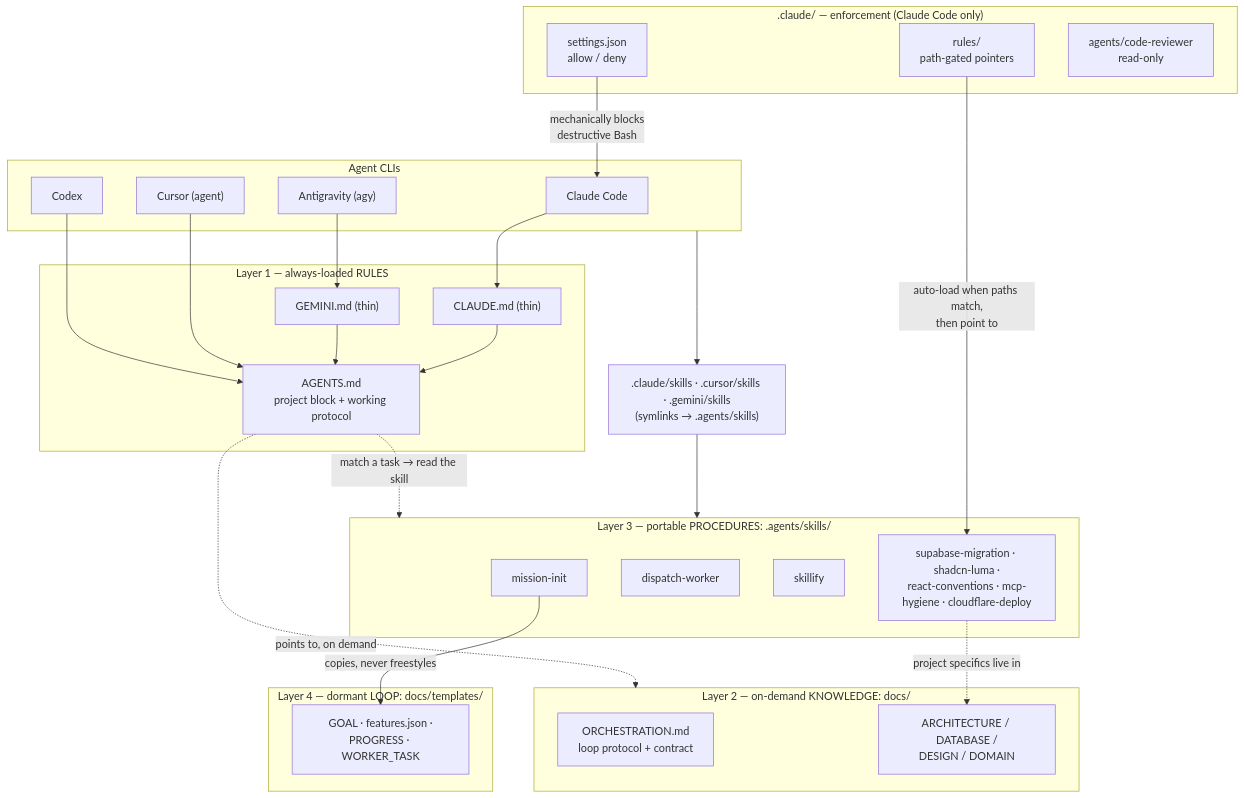
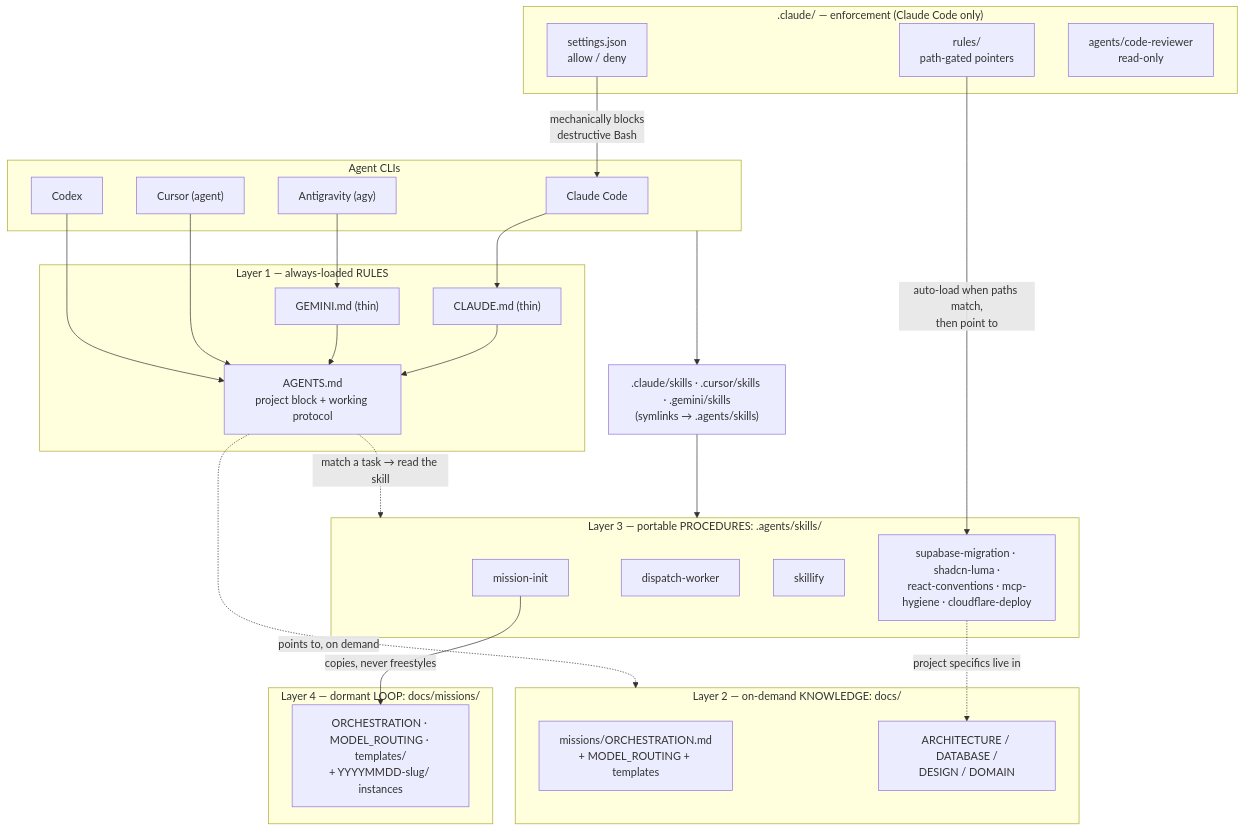
Before and after one commit to hashorva/purrfect-harness: the third of 4 diagrams in README.md, drawn with Mermaid. The commit also changed other lines of this file and 25 other files, not shown here.

````diff
--- a/README.md
+++ b/README.md
@@ -158,44 +158,44 @@
 ```mermaid
 flowchart TB
   subgraph TOOLS["Agent CLIs"]
     CC["Claude Code"]
     CU["Cursor (agent)"]
     AGY["Antigravity (agy)"]
     CX["Codex"]
   end
   subgraph L1["Layer 1 — always-loaded RULES"]
     AG["AGENTS.md<br/>project block + working protocol"]
     CW["CLAUDE.md (thin)"] --> AG
     GW["GEMINI.md (thin)"] --> AG
   end
   subgraph L2["Layer 2 — on-demand KNOWLEDGE: docs/"]
-    ORCH["ORCHESTRATION.md<br/>loop protocol + contract"]
+    ORCH["missions/ORCHESTRATION.md<br/>+ MODEL_ROUTING + templates"]
     KD["ARCHITECTURE / DATABASE /<br/>DESIGN / DOMAIN"]
   end
   subgraph L3["Layer 3 — portable PROCEDURES: .agents/skills/"]
     MI["mission-init"]
     DW["dispatch-worker"]
     SKF["skillify"]
     PS["supabase-migration · shadcn-luma ·<br/>react-conventions · mcp-hygiene · cloudflare-deploy"]
   end
-  subgraph L4["Layer 4 — dormant LOOP: docs/templates/"]
-    TPL["GOAL · features.json ·<br/>PROGRESS · WORKER_TASK"]
+  subgraph L4["Layer 4 — dormant LOOP: docs/missions/"]
+    TPL["ORCHESTRATION · MODEL_ROUTING · templates/<br/>+ YYYYMMDD-slug/ instances"]
   end
   subgraph ENF[".claude/ — enforcement (Claude Code only)"]
     SET["settings.json<br/>allow / deny"]
     RUL["rules/<br/>path-gated pointers"]
     REV["agents/code-reviewer<br/>read-only"]
   end
   SYM[".claude/skills · .cursor/skills · .gemini/skills<br/>(symlinks → .agents/skills)"]
   CC --> CW
   AGY --> GW
   CU --> AG
   CX --> AG
   TOOLS --> SYM --> L3
   AG -. "points to, on demand" .-> L2
   AG -. "match a task → read the skill" .-> L3
   PS -. "project specifics live in" .-> KD
   MI -- "copies, never freestyles" --> TPL
   RUL -- "auto-load when paths match,<br/>then point to" --> PS
   SET -- "mechanically blocks<br/>destructive Bash" --> CC
 ```
````
